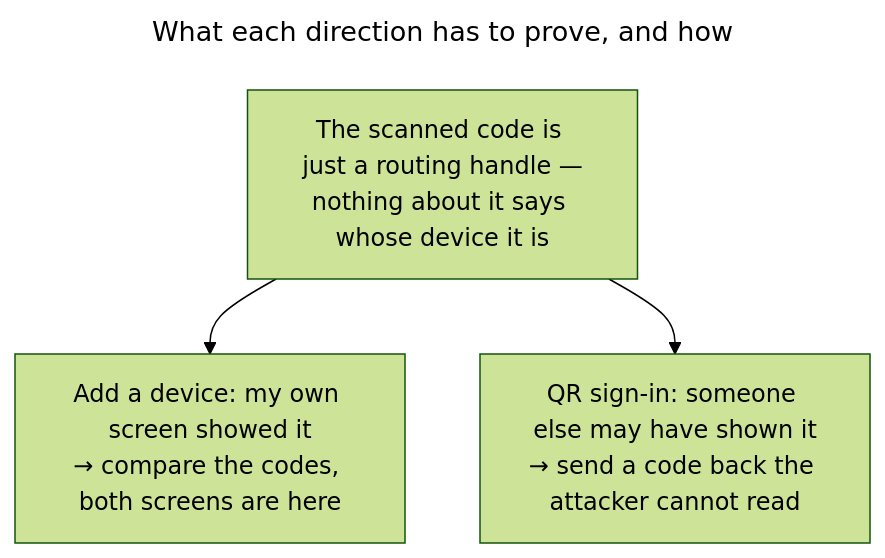
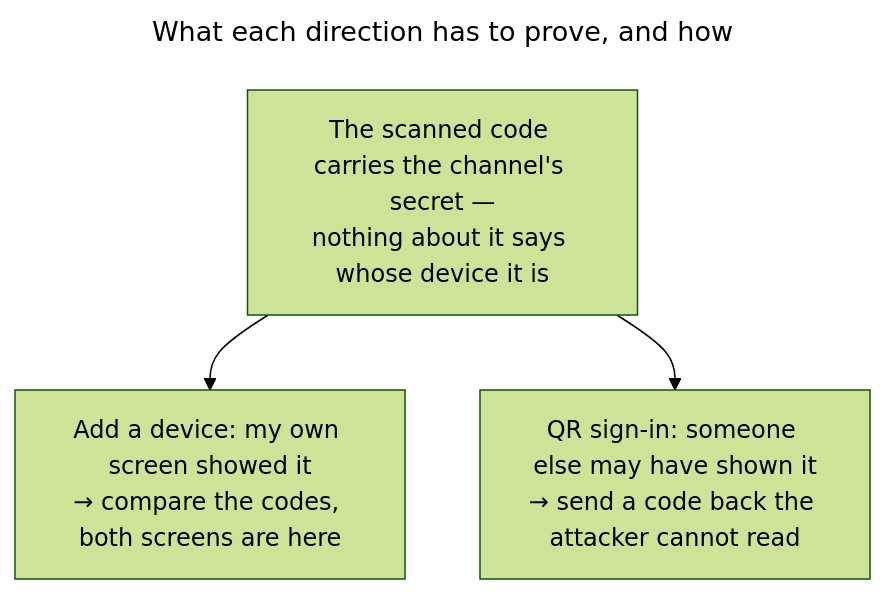
One commit to raddatzk/veyq changed the diagram in docs/features/account/use-cases/uc.account.onboard-device.md. Above: the diagram before and after it, drawn with Mermaid (forest theme). The commit also changed other lines of this file and 12 other files, not shown here.

````diff
--- a/docs/features/account/use-cases/uc.account.onboard-device.md
+++ b/docs/features/account/use-cases/uc.account.onboard-device.md
@@ -29,9 +29,9 @@
 ```mermaid
 ---
 title: What each direction has to prove, and how
 ---
 flowchart TB
-  Q["The scanned code is just a routing handle —<br>nothing about it says whose device it is"]
+  Q["The scanned code carries the channel's secret —<br>nothing about it says whose device it is"]
   Q --> A["Add a device: my own screen showed it<br>→ compare the codes, both screens are here"]
   Q --> B["QR sign-in: someone else may have shown it<br>→ send a code back the attacker cannot read"]
 ```
````
